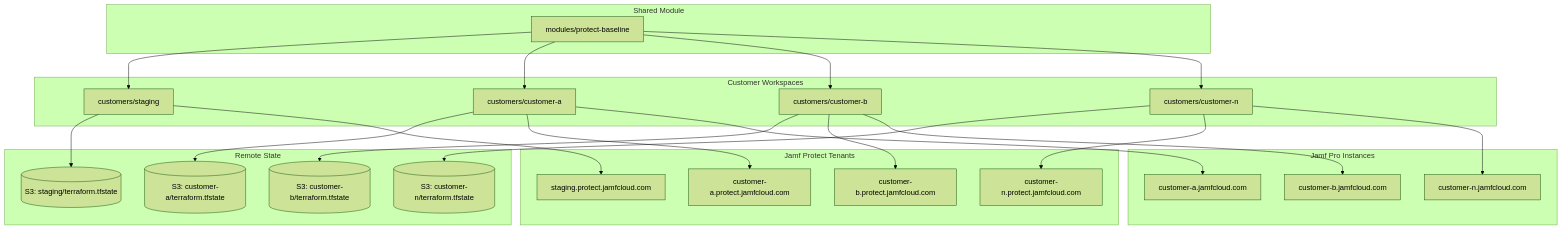
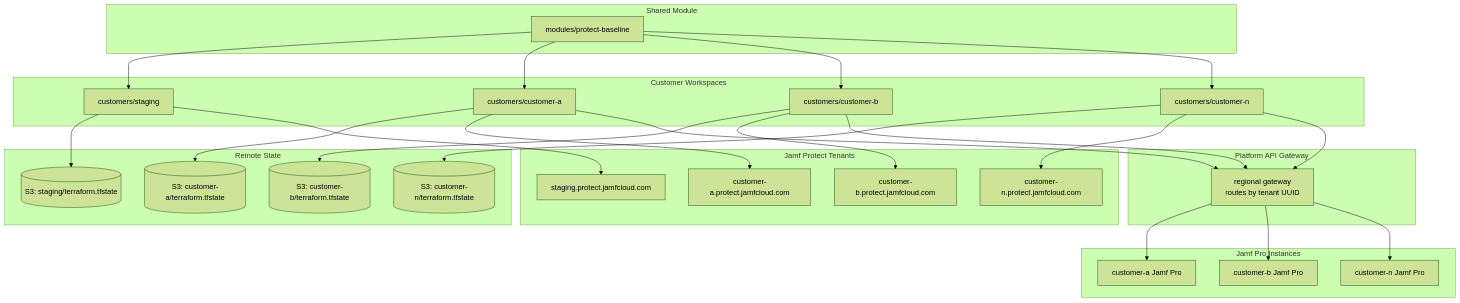
Before and after one commit to Jamf-Concepts/terraform-jamf-platform: the first of 2 diagrams in README.md, drawn with Mermaid (forest theme).

Commit message:
Show the Platform API gateway in the architecture diagram
The diagram had customer workspaces connecting directly to Jamf Pro hostnames,
which is no longer how Jamf Pro is reached — requests go through a regional
gateway that routes by tenant UUID.

````diff
--- a/README.md
+++ b/README.md
@@ -87,52 +87,60 @@
 ```mermaid
 graph TB
     subgraph "Shared Module"
         M[modules/protect-baseline]
     end
 
     subgraph "Customer Workspaces"
         C0[customers/staging]
         C1[customers/customer-a]
         C2[customers/customer-b]
         C3[customers/customer-n]
     end
 
     subgraph "Remote State"
         S0[(S3: staging/terraform.tfstate)]
         S1[(S3: customer-a/terraform.tfstate)]
         S2[(S3: customer-b/terraform.tfstate)]
         S3[(S3: customer-n/terraform.tfstate)]
     end
 
     subgraph "Jamf Protect Tenants"
         T0[staging.protect.jamfcloud.com]
         T1[customer-a.protect.jamfcloud.com]
         T2[customer-b.protect.jamfcloud.com]
         T3[customer-n.protect.jamfcloud.com]
     end
 
+    subgraph "Platform API Gateway"
+        G[regional gateway<br/>routes by tenant UUID]
+    end
+
     subgraph "Jamf Pro Instances"
-        P1[customer-a.jamfcloud.com]
-        P2[customer-b.jamfcloud.com]
-        P3[customer-n.jamfcloud.com]
+        P1[customer-a Jamf Pro]
+        P2[customer-b Jamf Pro]
+        P3[customer-n Jamf Pro]
     end
 
     M --> C0
     M --> C1
     M --> C2
     M --> C3
 
     C0 --> S0
     C1 --> S1
     C2 --> S2
     C3 --> S3
 
     C0 --> T0
     C1 --> T1
     C2 --> T2
     C3 --> T3
 
-    C1 --> P1
-    C2 --> P2
-    C3 --> P3
+    C1 --> G
+    C2 --> G
+    C3 --> G
+
+    G --> P1
+    G --> P2
+    G --> P3
 ```
````
